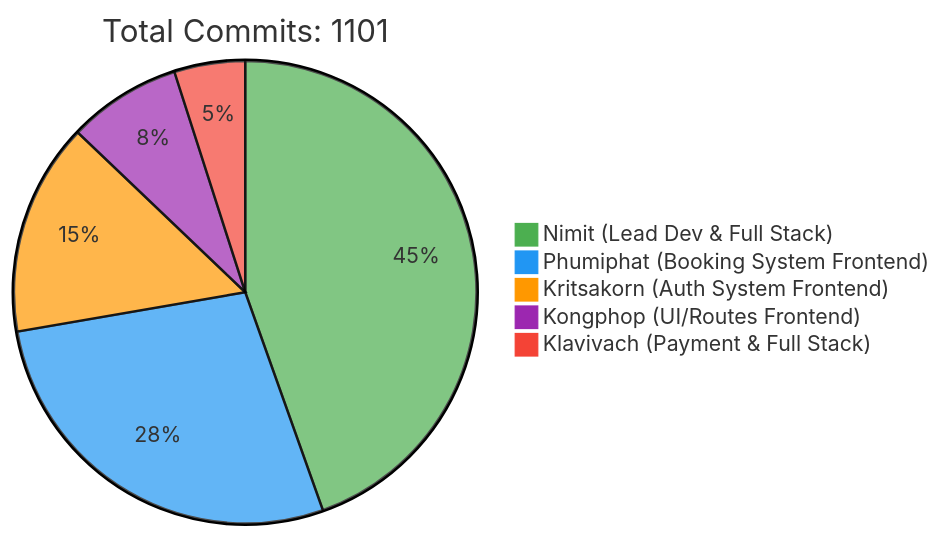
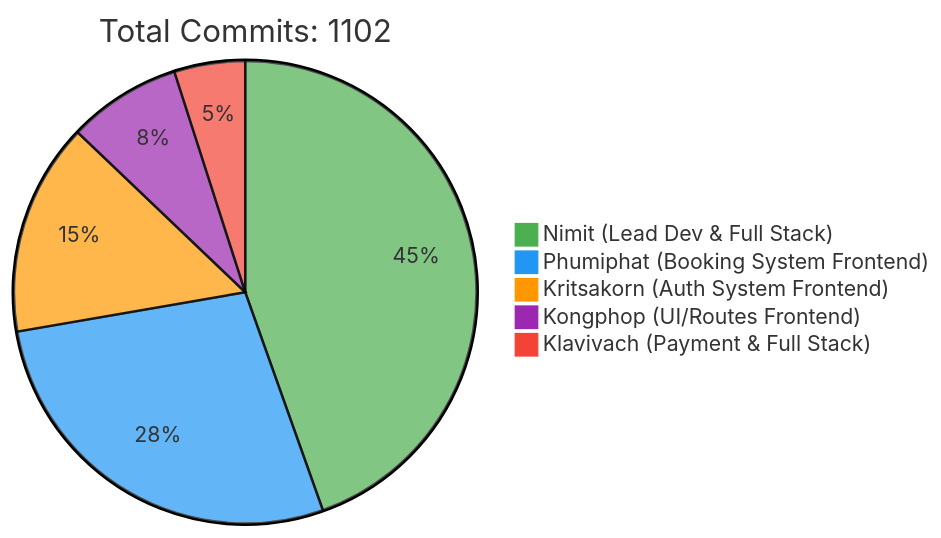
The first of 2 diagrams in README.md (6531503042/Sport-Complex), drawn with Mermaid before and after one commit. The commit also changed other lines of this file, not shown here.

Commit message:
docs: Update contributor statistics [skip ci]

````diff
--- a/README.md
+++ b/README.md
@@ -257,10 +257,10 @@
 ```mermaid
 %%{init: {'theme': 'base', 'themeVariables': { 'pie1': '#4CAF50', 'pie2': '#2196F3', 'pie3': '#FF9800', 'pie4': '#9C27B0', 'pie5': '#F44336'}}}%%
 pie
-    title Total Commits: 1101
+    title Total Commits: 1102
     "Nimit (Lead Dev & Full Stack)" : 450
     "Phumiphat (Booking System Frontend)" : 280
     "Kritsakorn (Auth System Frontend)" : 150
     "Kongphop (UI/Routes Frontend)" : 80
     "Klavivach (Payment & Full Stack)" : 50
 ```
````
